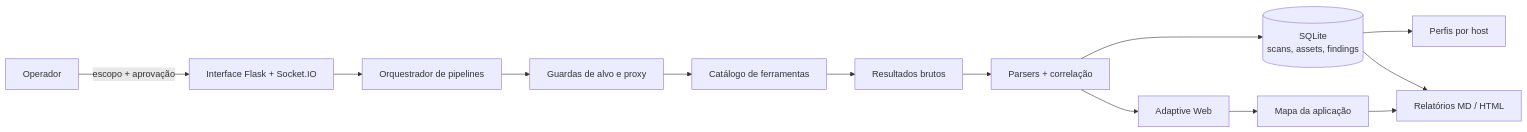
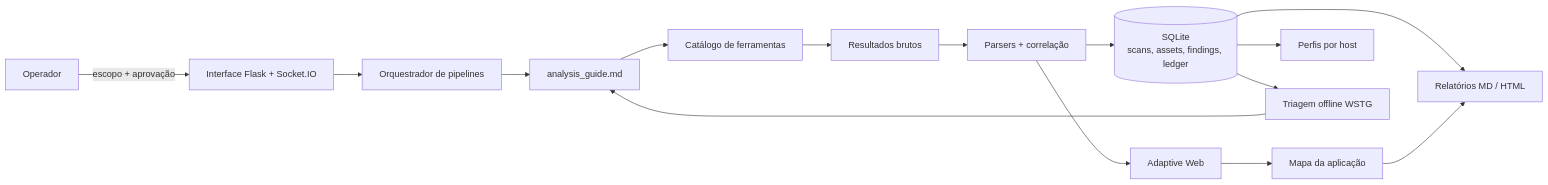
Before and after one commit to whx4mi/reconx: the diagram in README.md, drawn with Mermaid. The commit also changed other lines of this file and 14 other files, not shown here.

````diff
--- a/README.md
+++ b/README.md
@@ -54,15 +56,17 @@
 ```mermaid
 flowchart LR
     O[Operador] -->|escopo + aprovação| UI[Interface Flask + Socket.IO]
     UI --> P[Orquestrador de pipelines]
     P --> G[Guardas de alvo e proxy]
     G --> T[Catálogo de ferramentas]
     T --> R[Resultados brutos]
     R --> C[Parsers + correlação]
-    C --> F[(SQLite<br/>scans, assets, findings)]
+    C --> F[(SQLite<br/>scans, assets, findings, ledger)]
     C --> A[Adaptive Web]
     A --> M[Mapa da aplicação]
     F --> H[Perfis por host]
     F --> E[Relatórios MD / HTML]
     M --> E
+    F --> W[Triagem offline WSTG]
+    W --> G[analysis_guide.md]
 ```
````
